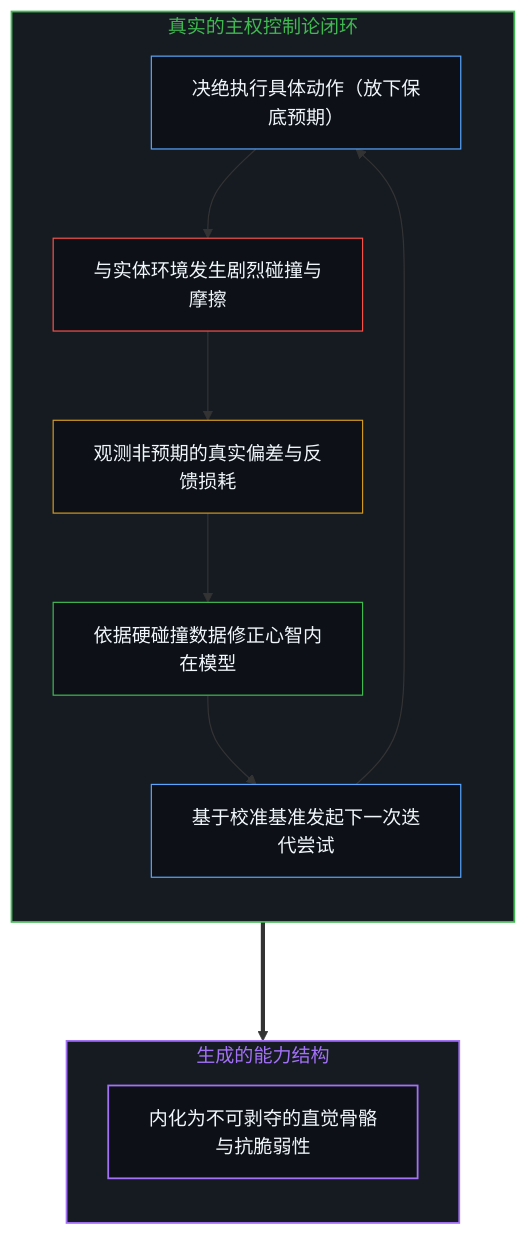
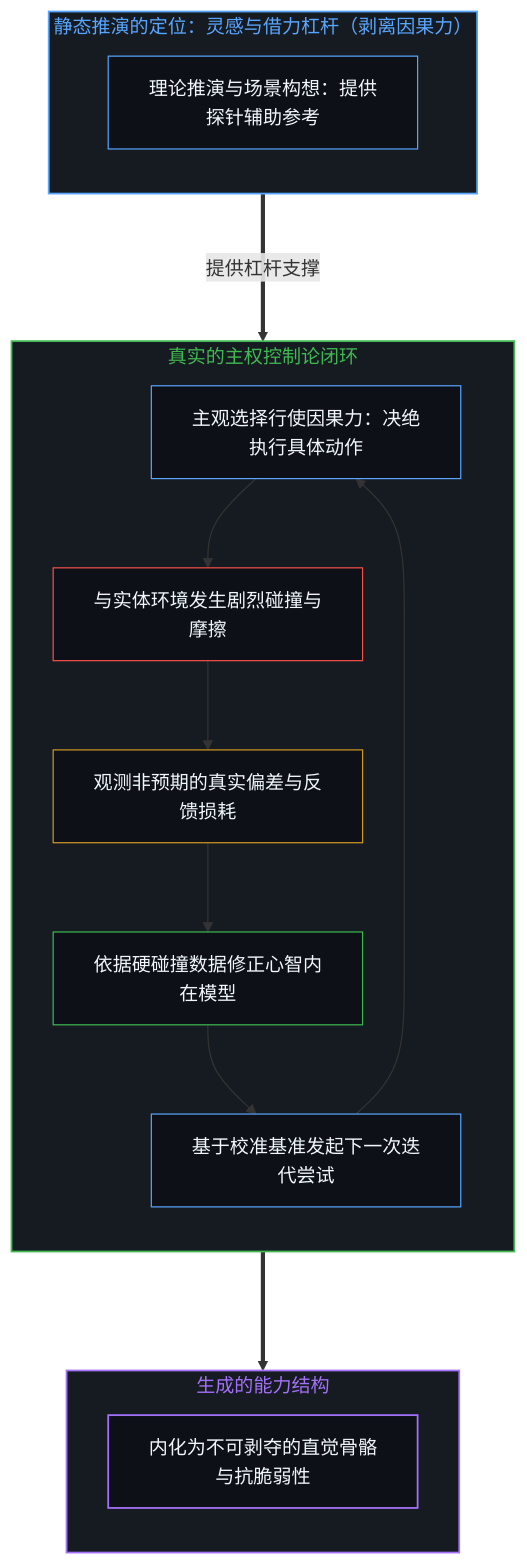
One commit to powerpig99/not-a-toe changed the seventh of 10 diagrams in content/posts/choice-itself-has-no-inherent-weight.md. Above: the diagram before and after it, drawn with Mermaid. The commit also changed other lines of this file and 4 other files, not shown here.

````diff
--- a/content/posts/choice-itself-has-no-inherent-weight.md
+++ b/content/posts/choice-itself-has-no-inherent-weight.md
@@ -219,27 +219,35 @@
 ```mermaid
 graph TD
+    subgraph S_Input ["静态推演的定位：灵感与借力杠杆（剥离因果力）"]
+        direction TB
+        I_Model["理论推演与场景构想：提供探针辅助参考"]
+    end
+
     subgraph S_Loop ["真实的主权控制论闭环"]
         direction TB
-        L_Try["决绝执行具体动作（放下保底预期）"] --> L_Friction["与实体环境发生剧烈碰撞与摩擦"]
+        L_Try["主观选择行使因果力：决绝执行具体动作"] --> L_Friction["与实体环境发生剧烈碰撞与摩擦"]
         L_Friction --> L_Observe["观测非预期的真实偏差与反馈损耗"]
         L_Observe --> L_Adjust["依据硬碰撞数据修正心智内在模型"]
         L_Adjust --> L_Next["基于校准基准发起下一次迭代尝试"]
         L_Next --> L_Try
     end
 
     subgraph S_Output ["生成的能力结构"]
         direction TB
         O_Bone["内化为不可剥夺的直觉骨骼与抗脆弱性"]
     end
 
+    I_Model ===>|提供杠杆支撑| L_Try
     L_Adjust ===> O_Bone
 
+    style S_Input fill:#161b22,stroke:#58a6ff,stroke-width:1.5px,color:#58a6ff
     style S_Loop fill:#161b22,stroke:#3fb950,stroke-width:1.5px,color:#3fb950
     style S_Output fill:#161b22,stroke:#a371f7,stroke-width:1.5px,color:#a371f7
+    style I_Model fill:#0d1117,stroke:#58a6ff,stroke-width:1px,color:#f0f6fc
     style L_Try fill:#0d1117,stroke:#58a6ff,stroke-width:1px,color:#f0f6fc
     style L_Friction fill:#0d1117,stroke:#f85149,stroke-width:1px,color:#f0f6fc
     style L_Observe fill:#0d1117,stroke:#d29922,stroke-width:1px,color:#f0f6fc
     style L_Adjust fill:#0d1117,stroke:#3fb950,stroke-width:1px,color:#f0f6fc
     style L_Next fill:#0d1117,stroke:#58a6ff,stroke-width:1px,color:#f0f6fc
     style O_Bone fill:#0d1117,stroke:#a371f7,stroke-width:1.5px,color:#f0f6fc
 ```
````
